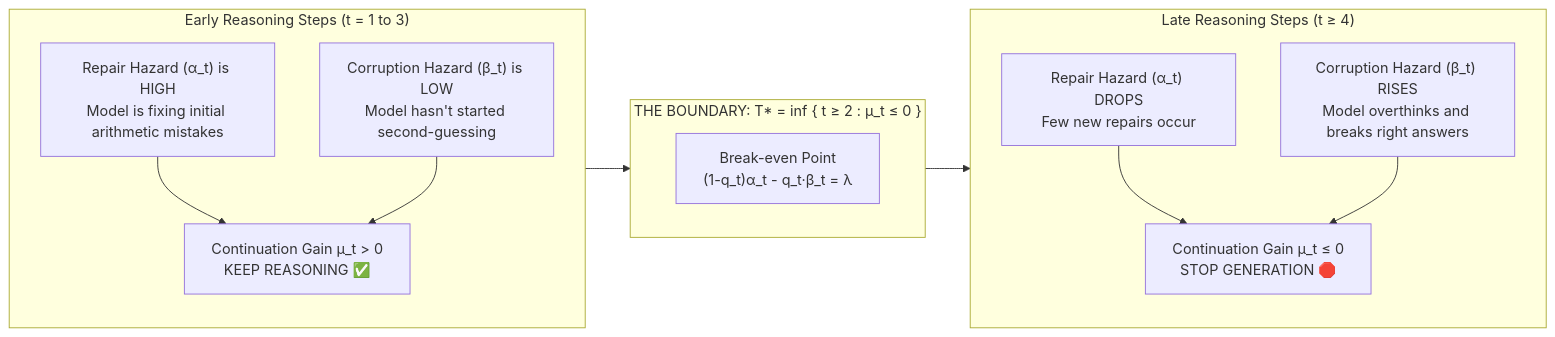
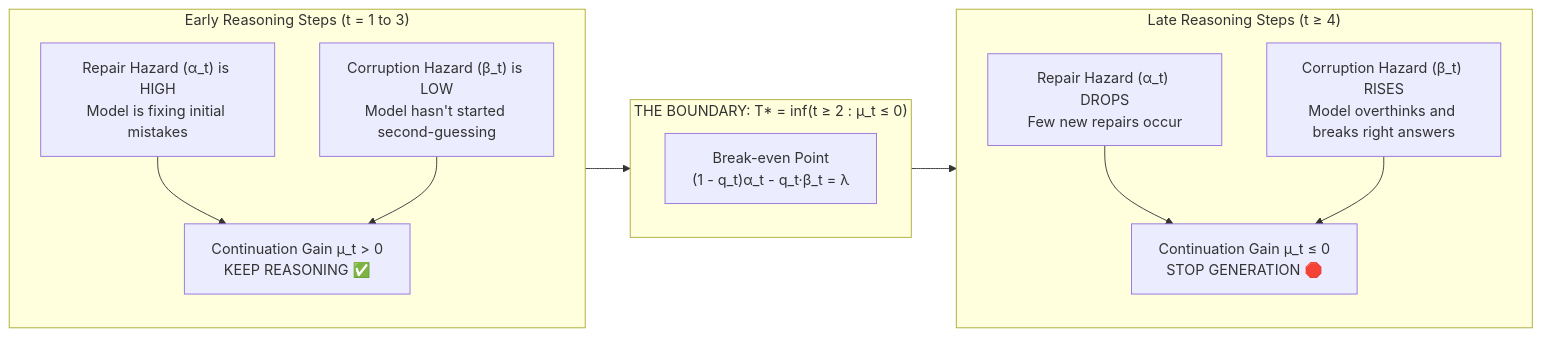
Before and after one commit to bhattadiCS/research-thesis-overthinking-boundary: the first of 2 diagrams in ADVISOR_MEETING_SEMESTER_2_ROADMAP.md, drawn with Mermaid. The commit also changed other lines of this file and 1 other file, not shown here.

Commit message:
fix(docs): resolve LaTeX math delimiters and table pipe conflicts in roadmap

````diff
--- a/ADVISOR_MEETING_SEMESTER_2_ROADMAP.md
+++ b/ADVISOR_MEETING_SEMESTER_2_ROADMAP.md
@@ -39,27 +45,27 @@
 ```mermaid
 flowchart LR
     subgraph EarlySteps["Early Reasoning Steps (t = 1 to 3)"]
         direction TB
-        R1["Repair Hazard (α_t) is HIGH<br/>Model is fixing initial arithmetic mistakes"]
+        R1["Repair Hazard (α_t) is HIGH<br/>Model is fixing initial mistakes"]
         C1["Corruption Hazard (β_t) is LOW<br/>Model hasn't started second-guessing"]
         G1["Continuation Gain μ_t > 0<br/>KEEP REASONING ✅"]
         R1 --> G1
         C1 --> G1
     end
 
-    subgraph Transition["THE BOUNDARY: T* = inf { t ≥ 2 : μ_t ≤ 0 }"]
+    subgraph Transition["THE BOUNDARY: T* = inf(t ≥ 2 : μ_t ≤ 0)"]
         direction TB
-        B["Break-even Point<br/>(1-q_t)α_t - q_t·β_t = λ"]
+        B["Break-even Point<br/>(1 - q_t)α_t - q_t·β_t = λ"]
     end
 
     subgraph LateSteps["Late Reasoning Steps (t ≥ 4)"]
         direction TB
         R2["Repair Hazard (α_t) DROPS<br/>Few new repairs occur"]
         C2["Corruption Hazard (β_t) RISES<br/>Model overthinks and breaks right answers"]
         G2["Continuation Gain μ_t ≤ 0<br/>STOP GENERATION 🛑"]
         R2 --> G2
         C2 --> G2
     end
 
     EarlySteps --> Transition --> LateSteps
 ```
````
